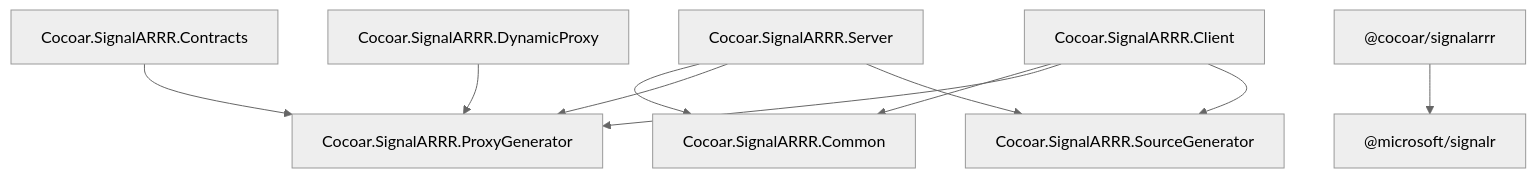
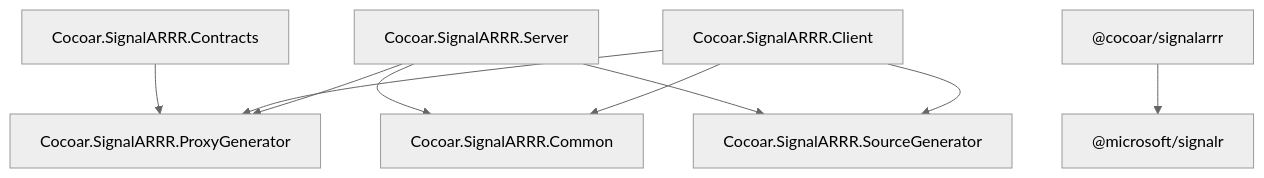
Before and after one commit to cocoar-dev/Cocoar.SignalARRR: the diagram in skills/signalarrr/references/reference/packages.md, drawn with Mermaid (neutral theme). The commit also changed other lines of this file and 36 other files, not shown here.

First line of the commit message:
Document SignalARRR 6.0: NativeAOT client, generated dispatchers, migration from 5.x

````diff
--- a/skills/signalarrr/references/reference/packages.md
+++ b/skills/signalarrr/references/reference/packages.md
@@ -217,22 +218,20 @@
 ```mermaid
 graph TD
     Contracts["Cocoar.SignalARRR.Contracts"]
     Server["Cocoar.SignalARRR.Server"]
     Client["Cocoar.SignalARRR.Client"]
     Common["Cocoar.SignalARRR.Common"]
     ProxyGen["Cocoar.SignalARRR.ProxyGenerator"]
     SourceGen["Cocoar.SignalARRR.SourceGenerator"]
-    DynProxy["Cocoar.SignalARRR.DynamicProxy"]
     npm["@cocoar/signalarrr"]
     signalr["@microsoft/signalr"]
 
     Contracts --> ProxyGen
     Server --> Common
     Client --> Common
     Client --> ProxyGen
     Server --> ProxyGen
     Server --> SourceGen
     Client --> SourceGen
-    DynProxy --> ProxyGen
     npm --> signalr
 ```
````
